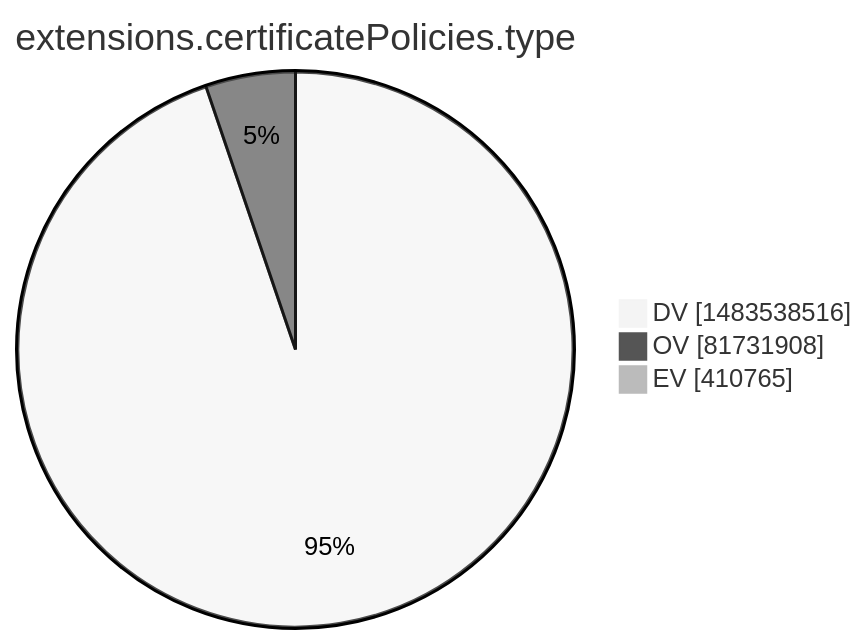
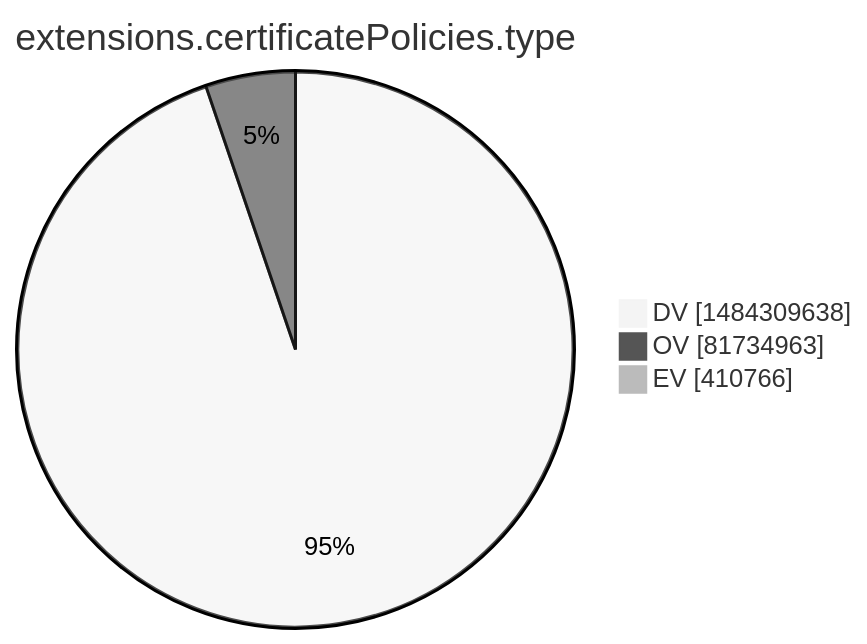
Before and after one commit to christiankrug/ctmonitor_visualization: the tenth of 15 diagrams in xenon2022/README.md, drawn with Mermaid (neutral theme). The commit also changed other lines of this file, not shown here.

````diff
--- a/xenon2022/README.md
+++ b/xenon2022/README.md
@@ -2873,7 +2873,7 @@
 ```mermaid
 pie showData
 title extensions.certificatePolicies.type
-"DV" :1483538516
-"OV" :81731908
-"EV" :410765
+"DV" :1484309638
+"OV" :81734963
+"EV" :410766
 ```
````
